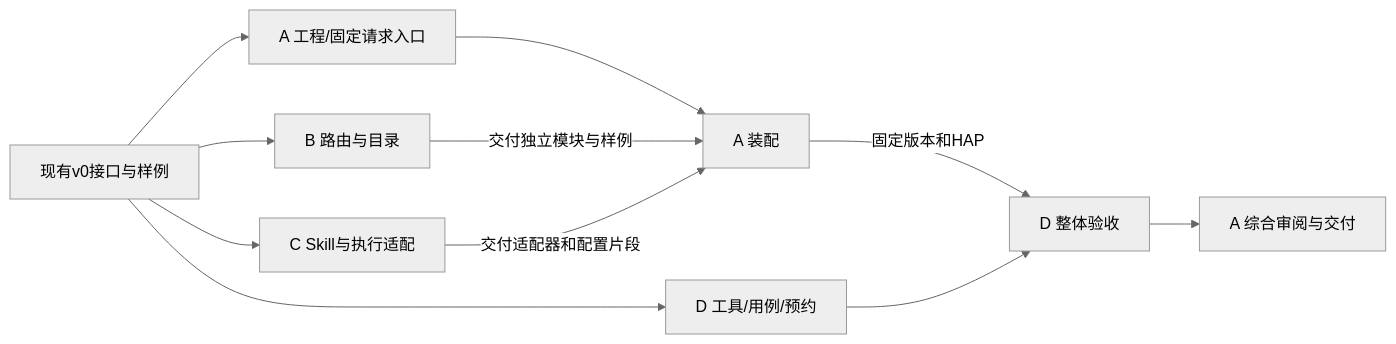
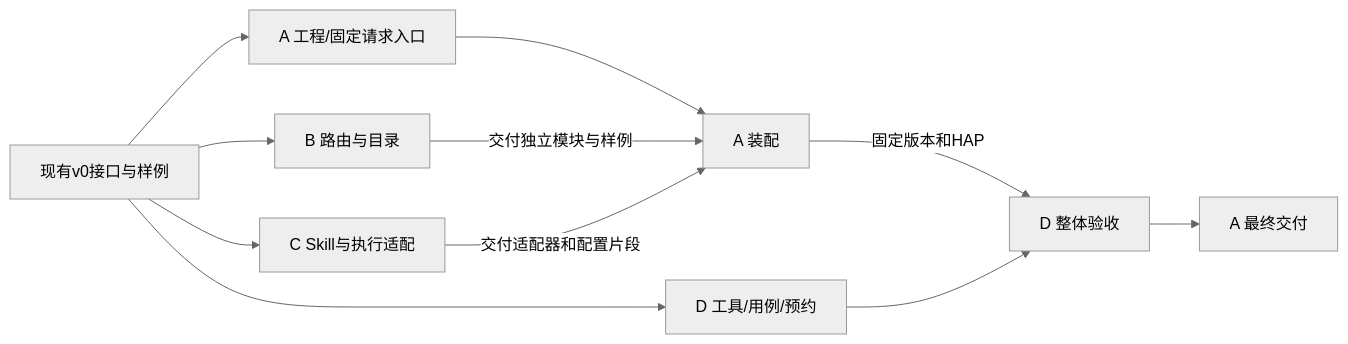
One commit to yaorz26/skill-for-harmony-G1-M1 changed the diagram in docs/team-plan.md. Above: the diagram before and after it, drawn with Mermaid (neutral theme). The commit also changed other lines of this file and 26 other files, not shown here.

````diff
--- a/docs/team-plan.md
+++ b/docs/team-plan.md
@@ -86,13 +85,13 @@
 ```mermaid
 flowchart LR
     Base[现有v0接口与样例] --> A0[A 工程/固定请求入口]
     Base --> B[B 路由与目录]
     Base --> C[C Skill与执行适配]
     Base --> D0[D 工具/用例/预约]
     A0 --> A1[A 装配]
     B -->|交付独立模块与样例| A1
     C -->|交付适配器和配置片段| A1
     A1 -->|固定版本和HAP| D1[D 整体验收]
     D0 --> D1
-    D1 --> A2[A 综合审阅与交付]
+    D1 --> A2[A 最终交付]
 ```
````
